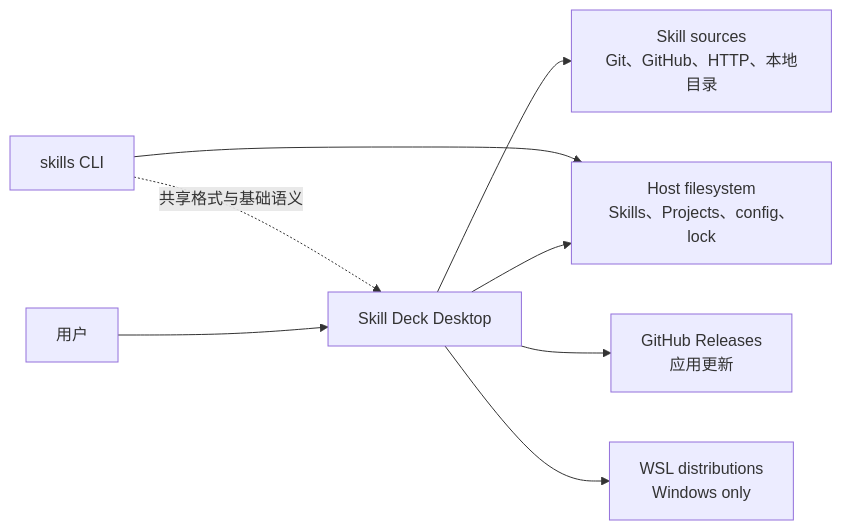
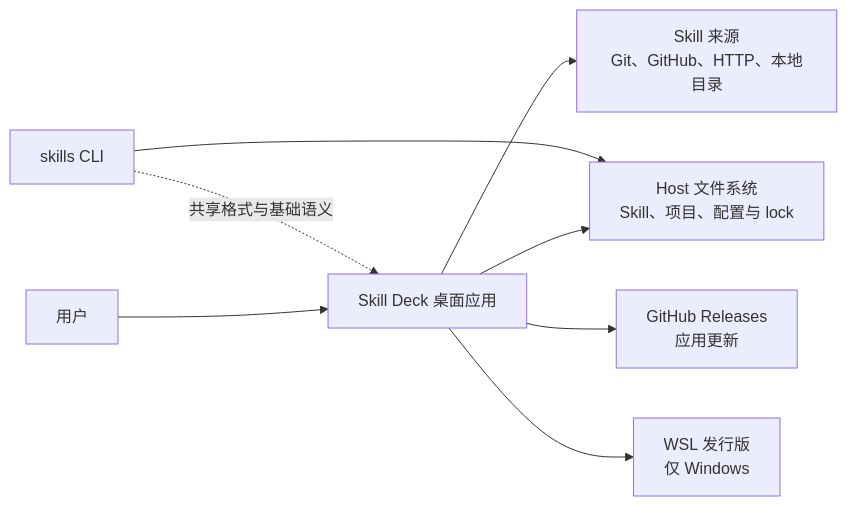
The first of 2 diagrams in docs/architecture.md (Hccake/skill-deck), drawn with Mermaid before and after one commit. The commit also changed other lines of this file and 3 other files, not shown here.

````diff
--- a/docs/architecture.md
+++ b/docs/architecture.md
@@ -18,10 +18,10 @@
 ```mermaid
 flowchart LR
-    User["用户"] --> Desktop["Skill Deck Desktop"]
-    Desktop --> HostFS["Host filesystem\nSkills、Projects、config、lock"]
-    Desktop --> Sources["Skill sources\nGit、GitHub、HTTP、本地目录"]
+    User["用户"] --> Desktop["Skill Deck 桌面应用"]
+    Desktop --> HostFS["Host 文件系统\nSkill、项目、配置与 lock"]
+    Desktop --> Sources["Skill 来源\nGit、GitHub、HTTP、本地目录"]
     Desktop --> Releases["GitHub Releases\n应用更新"]
-    Desktop --> WSL["WSL distributions\nWindows only"]
+    Desktop --> WSL["WSL 发行版\n仅 Windows"]
     CLI["skills CLI"] --> HostFS
     CLI -. "共享格式与基础语义" .-> Desktop
 ```
````
